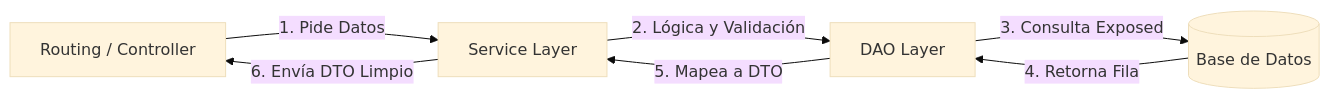
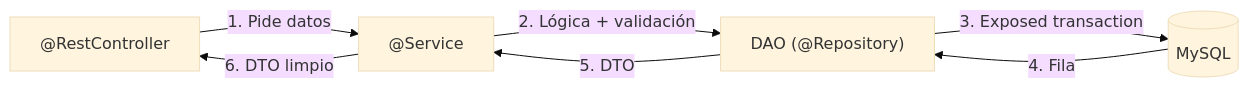
The diagram in docs/unidades/ud05/servicio.md (JMAbadLopez/acceso_datos), drawn with Mermaid (base theme) before and after one commit. The commit also changed other lines of this file and 6 other files, not shown here.

````diff
--- a/docs/unidades/ud05/servicio.md
+++ b/docs/unidades/ud05/servicio.md
@@ -17,9 +9,9 @@
 ```mermaid
 graph LR
-    A[Routing / Controller] -- "1. Pide Datos" --> B[Service Layer]
-    B -- "2. Lógica y Validación" --> C[DAO Layer]
-    C -- "3. Consulta Exposed" --> D[(Base de Datos)]
-    D -- "4. Retorna Fila" --> C
-    C -- "5. Mapea a DTO" --> B
-    B -- "6. Envía DTO Limpio" --> A
+    A["@RestController"] -- "1. Pide datos" --> B["@Service"]
+    B -- "2. Lógica + validación" --> C["DAO (@Repository)"]
+    C -- "3. Exposed transaction" --> D[(MySQL)]
+    D -- "4. Fila" --> C
+    C -- "5. DTO" --> B
+    B -- "6. DTO limpio" --> A
 ```
````
